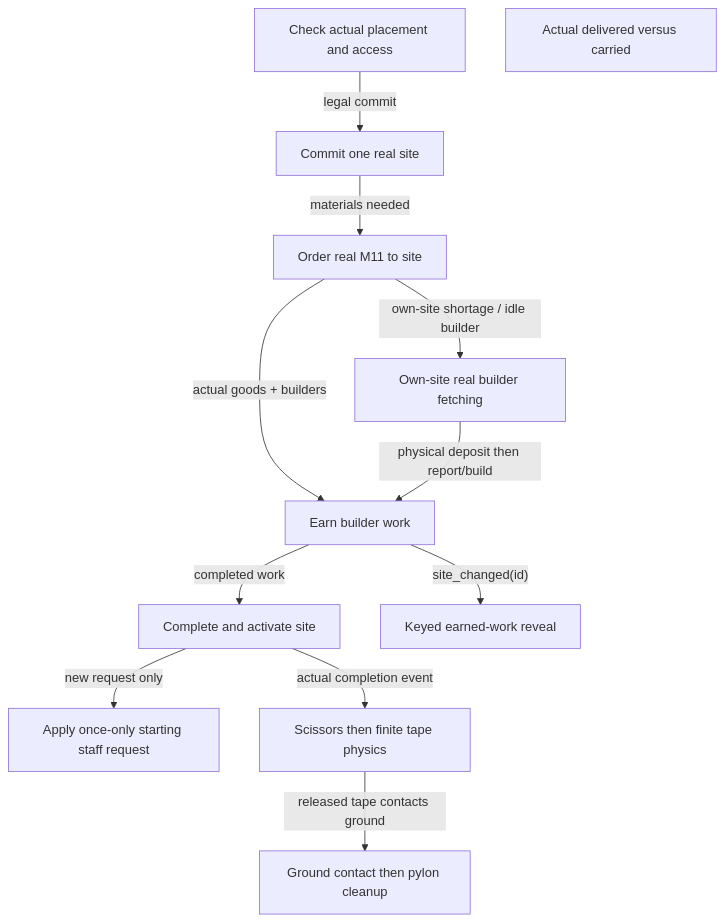
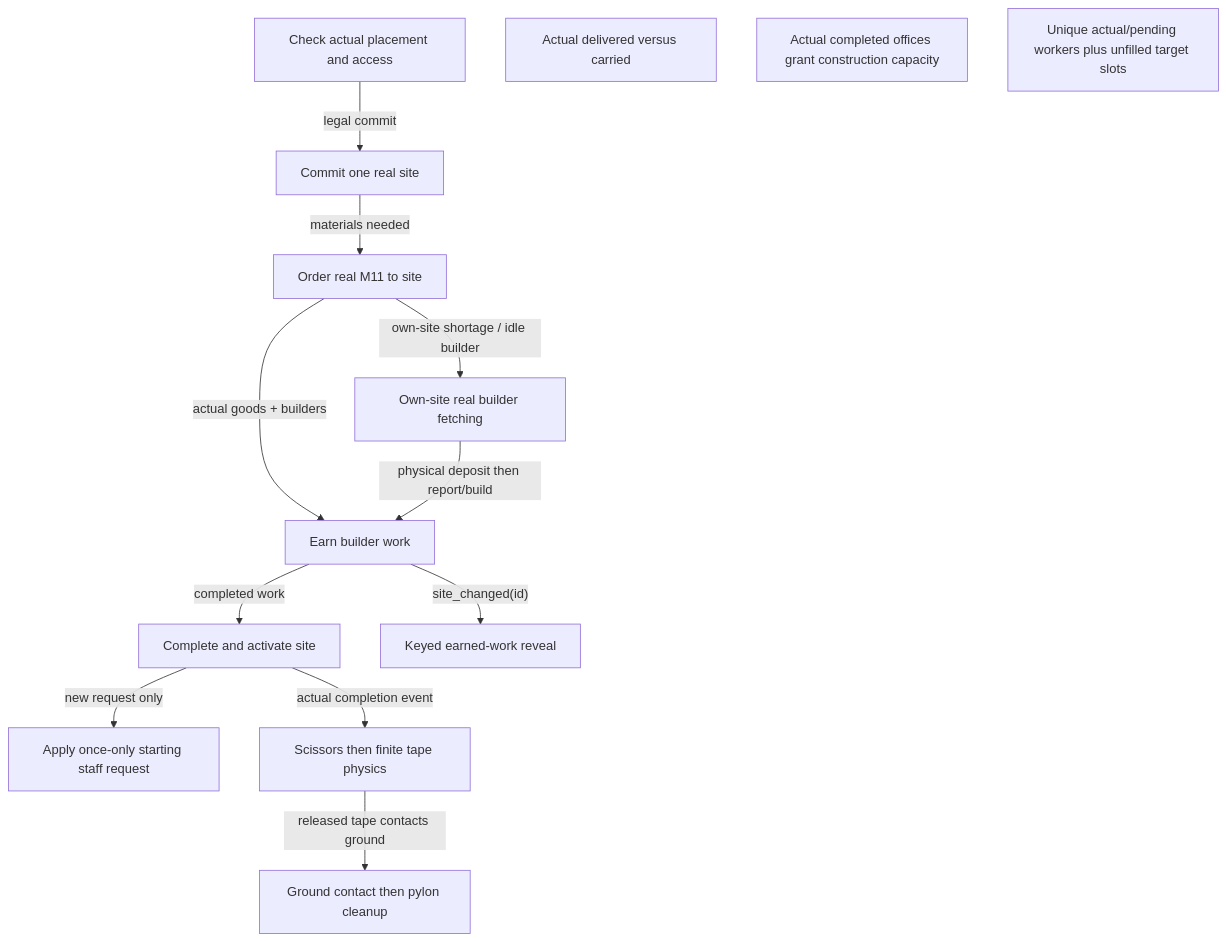
The ninth of 51 diagrams in docs/system_atlas.md (TheInfinityIQ/Trencho_V4), drawn with Mermaid before and after one commit. The commit also changed other lines of this file and 34 other files, not shown here.

````diff
--- a/docs/system_atlas.md
+++ b/docs/system_atlas.md
@@ -360,24 +361,26 @@
 ```mermaid
 flowchart TD
     n0["Check actual placement and access"]
     n1["Commit one real site"]
     n2["Order real M11 to site"]
     n3["Earn builder work"]
     n4["Complete and activate site"]
     n5["Apply once-only starting staff request"]
     n6["Keyed earned-work reveal"]
     n7["Scissors then finite tape physics"]
     n8["Ground contact then pylon cleanup"]
     builder_supply["Own-site real builder fetching"]
     delivery_status["Actual delivered versus carried"]
+    capacity["Actual completed offices grant construction capacity"]
+    allocation["Unique actual/pending workers plus unfilled target slots"]
     n0 -->|"legal commit"| n1
     n1 -->|"materials needed"| n2
     n2 -->|"actual goods + builders"| n3
     n3 -->|"completed work"| n4
     n4 -->|"new request only"| n5
     n3 -->|"site_changed(id)"| n6
     n4 -->|"actual completion event"| n7
     n7 -->|"released tape contacts ground"| n8
     n2 -->|"own-site shortage / idle builder"| builder_supply
     builder_supply -->|"physical deposit then report/build"| n3
 ```
````
